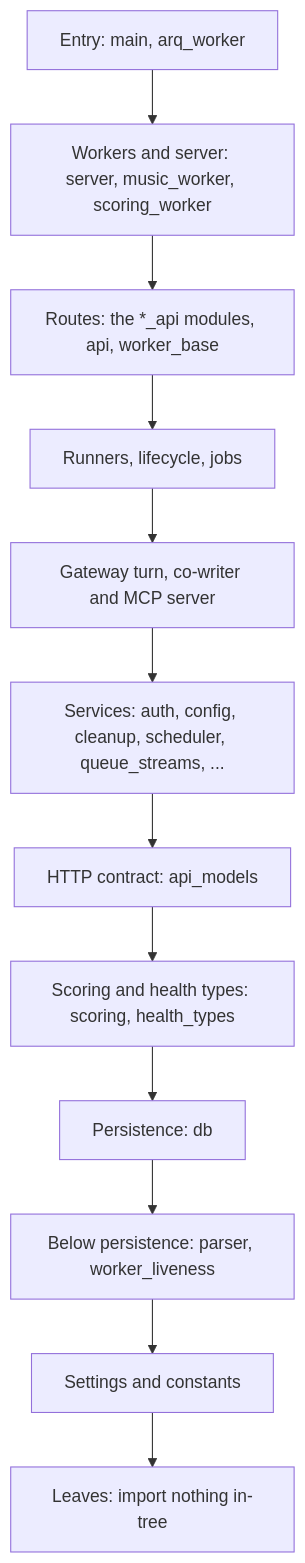
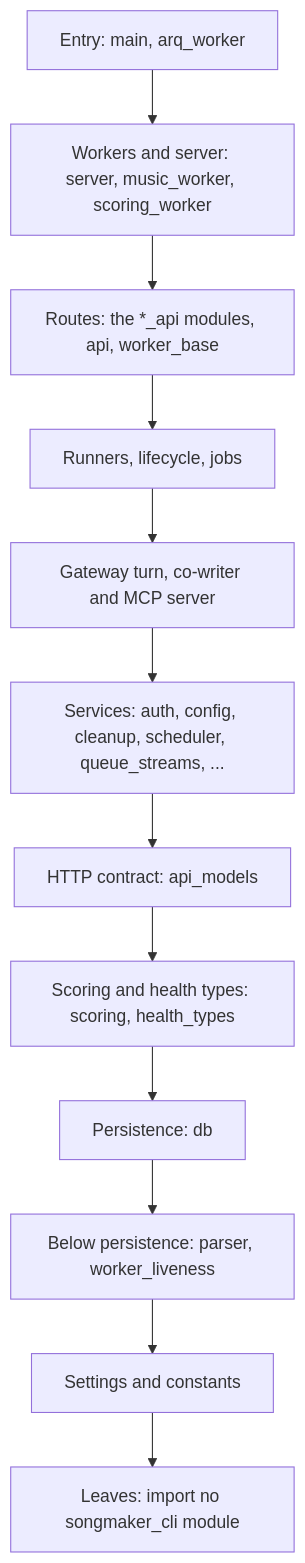
The diagram in docs/architecture.md (overnightworks/songmaker), drawn with Mermaid before and after one commit.

Commit message:
The leaf box says leaves import no songmaker_cli module
The label claimed no in-tree import, but generation_params type-imports acestep_engine.

````diff
--- a/docs/architecture.md
+++ b/docs/architecture.md
@@ -1337,16 +1337,16 @@
 ```mermaid
 flowchart TB
     entry["Entry: main, arq_worker"]
     workers["Workers and server: server, music_worker, scoring_worker"]
     routes["Routes: the *_api modules, api, worker_base"]
     runtime["Runners, lifecycle, jobs"]
     ai["Gateway turn, co-writer and MCP server"]
     services["Services: auth, config, cleanup, scheduler, queue_streams, ..."]
     contract["HTTP contract: api_models"]
     typed["Scoring and health types: scoring, health_types"]
     persistence["Persistence: db"]
     below["Below persistence: parser, worker_liveness"]
     base["Settings and constants"]
-    leaves["Leaves: import nothing in-tree"]
+    leaves["Leaves: import no songmaker_cli module"]
     entry --> workers --> routes --> runtime --> ai --> services --> contract --> typed --> persistence --> below --> base --> leaves
 ```
````
